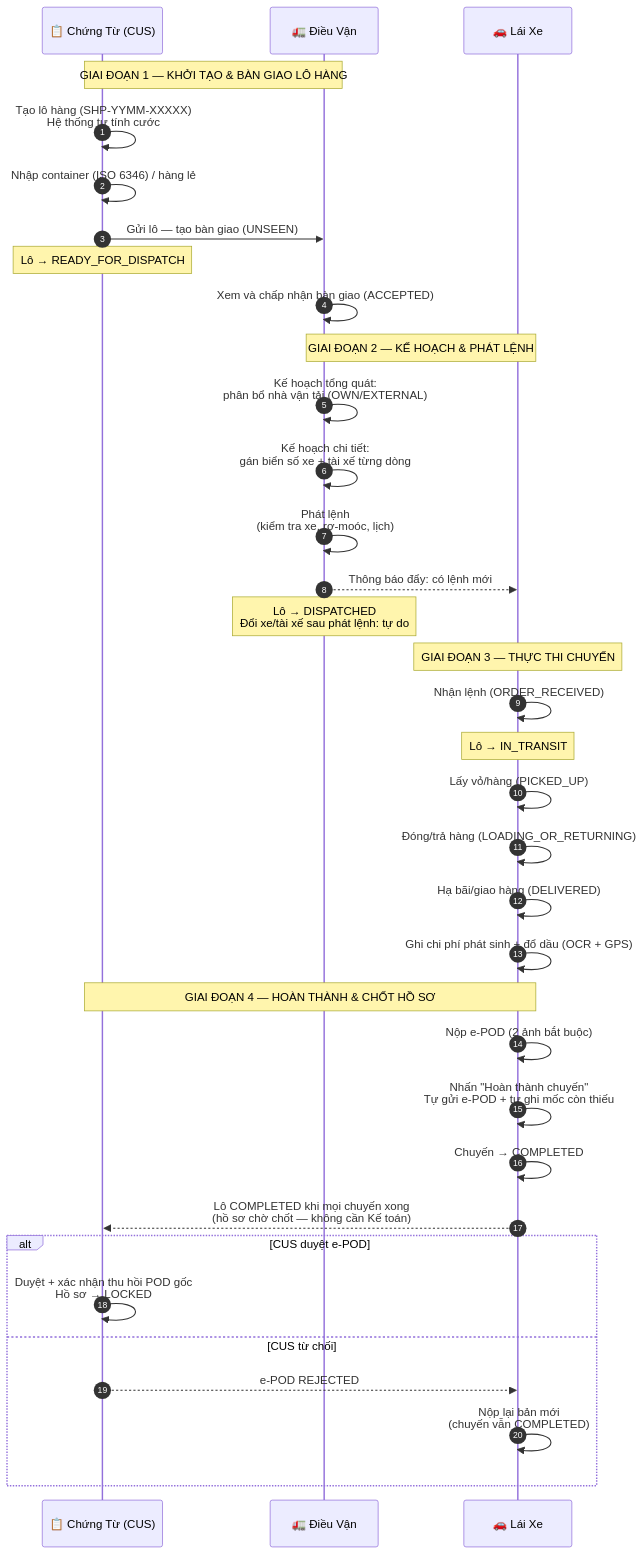
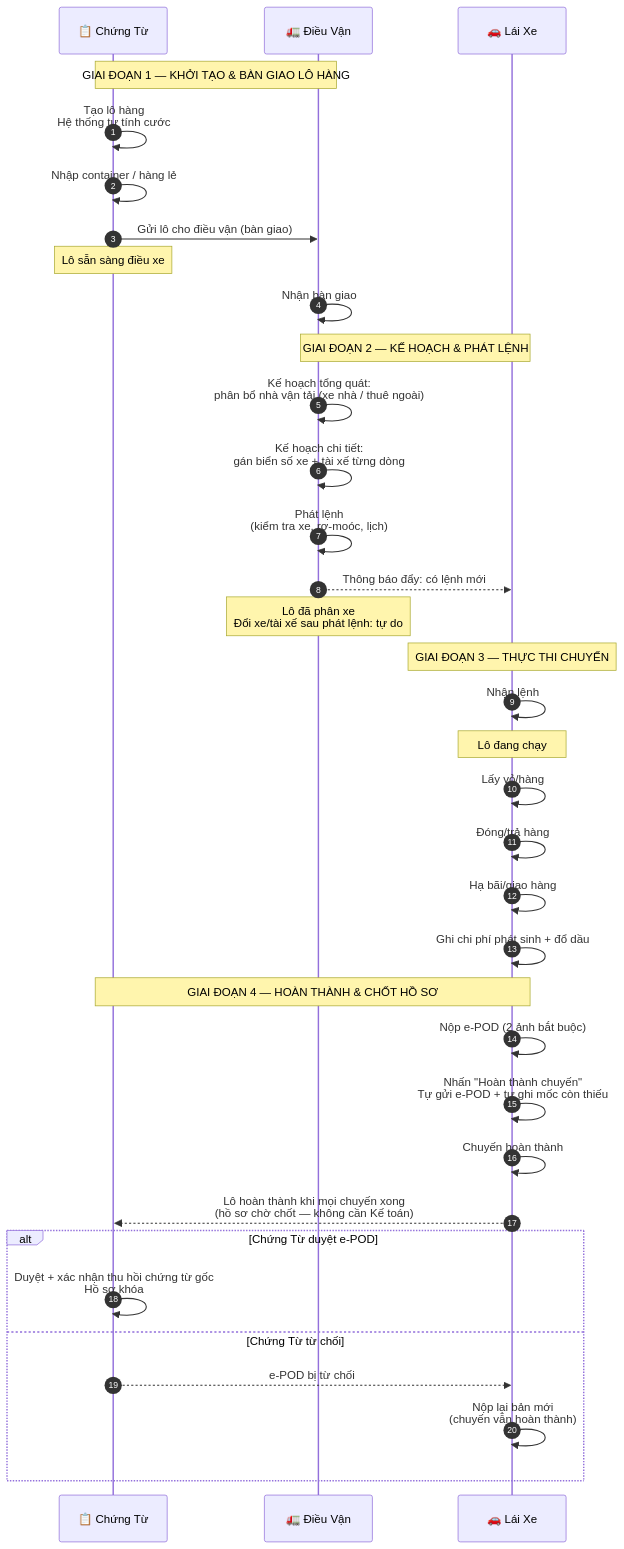
The first of 7 diagrams in docs/prd/quy-trinh-cus-dieuvan-laixe.md (4rankng/silversea), drawn with Mermaid before and after one commit. The commit also changed other lines of this file, not shown here.

Commit message:
docs(prd): O2C bản đối tác — bỏ mã nội bộ/trạng thái hệ thống, thuần thuật ngữ kinh doanh

````diff
--- a/docs/prd/quy-trinh-cus-dieuvan-laixe.md
+++ b/docs/prd/quy-trinh-cus-dieuvan-laixe.md
@@ -11,41 +11,41 @@
 ```mermaid
 sequenceDiagram
     autonumber
-    participant CT as 📋 Chứng Từ (CUS)
+    participant CT as 📋 Chứng Từ
     participant DV as 🚛 Điều Vận
     participant LX as 🚗 Lái Xe
 
     Note over CT,DV: GIAI ĐOẠN 1 — KHỞI TẠO & BÀN GIAO LÔ HÀNG
-    CT->>CT: Tạo lô hàng (SHP-YYMM-XXXXX)<br/>Hệ thống tự tính cước
-    CT->>CT: Nhập container (ISO 6346) / hàng lẻ
-    CT->>DV: Gửi lô — tạo bàn giao (UNSEEN)
-    Note over CT: Lô → READY_FOR_DISPATCH
-    DV->>DV: Xem và chấp nhận bàn giao (ACCEPTED)
+    CT->>CT: Tạo lô hàng<br/>Hệ thống tự tính cước
+    CT->>CT: Nhập container / hàng lẻ
+    CT->>DV: Gửi lô cho điều vận (bàn giao)
+    Note over CT: Lô sẵn sàng điều xe
+    DV->>DV: Nhận bàn giao
 
     Note over DV,LX: GIAI ĐOẠN 2 — KẾ HOẠCH & PHÁT LỆNH
-    DV->>DV: Kế hoạch tổng quát:<br/>phân bổ nhà vận tải (OWN/EXTERNAL)
+    DV->>DV: Kế hoạch tổng quát:<br/>phân bổ nhà vận tải (xe nhà / thuê ngoài)
     DV->>DV: Kế hoạch chi tiết:<br/>gán biển số xe + tài xế từng dòng
     DV->>DV: Phát lệnh<br/>(kiểm tra xe, rơ-moóc, lịch)
     DV-->>LX: Thông báo đẩy: có lệnh mới
-    Note over DV: Lô → DISPATCHED<br/>Đổi xe/tài xế sau phát lệnh: tự do
+    Note over DV: Lô đã phân xe<br/>Đổi xe/tài xế sau phát lệnh: tự do
 
     Note over LX: GIAI ĐOẠN 3 — THỰC THI CHUYẾN
-    LX->>LX: Nhận lệnh (ORDER_RECEIVED)
-    Note over LX: Lô → IN_TRANSIT
-    LX->>LX: Lấy vỏ/hàng (PICKED_UP)
-    LX->>LX: Đóng/trả hàng (LOADING_OR_RETURNING)
-    LX->>LX: Hạ bãi/giao hàng (DELIVERED)
-    LX->>LX: Ghi chi phí phát sinh + đổ dầu (OCR + GPS)
+    LX->>LX: Nhận lệnh
+    Note over LX: Lô đang chạy
+    LX->>LX: Lấy vỏ/hàng
+    LX->>LX: Đóng/trả hàng
+    LX->>LX: Hạ bãi/giao hàng
+    LX->>LX: Ghi chi phí phát sinh + đổ dầu
 
     Note over LX,CT: GIAI ĐOẠN 4 — HOÀN THÀNH & CHỐT HỒ SƠ
     LX->>LX: Nộp e-POD (2 ảnh bắt buộc)
     LX->>LX: Nhấn "Hoàn thành chuyến"<br/>Tự gửi e-POD + tự ghi mốc còn thiếu
-    LX->>LX: Chuyến → COMPLETED
-    LX-->>CT: Lô COMPLETED khi mọi chuyến xong<br/>(hồ sơ chờ chốt — không cần Kế toán)
-    alt CUS duyệt e-POD
-        CT->>CT: Duyệt + xác nhận thu hồi POD gốc<br/>Hồ sơ → LOCKED
-    else CUS từ chối
-        CT-->>LX: e-POD REJECTED
-        LX->>LX: Nộp lại bản mới<br/>(chuyến vẫn COMPLETED)
+    LX->>LX: Chuyến hoàn thành
+    LX-->>CT: Lô hoàn thành khi mọi chuyến xong<br/>(hồ sơ chờ chốt — không cần Kế toán)
+    alt Chứng Từ duyệt e-POD
+        CT->>CT: Duyệt + xác nhận thu hồi chứng từ gốc<br/>Hồ sơ khóa
+    else Chứng Từ từ chối
+        CT-->>LX: e-POD bị từ chối
+        LX->>LX: Nộp lại bản mới<br/>(chuyến vẫn hoàn thành)
     end
 ```
````
